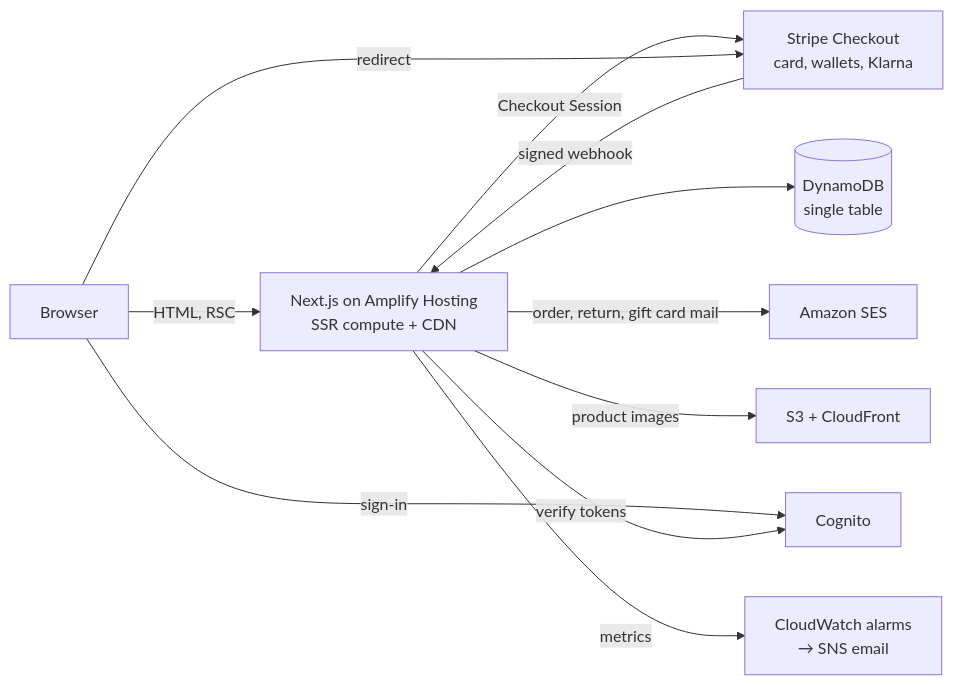
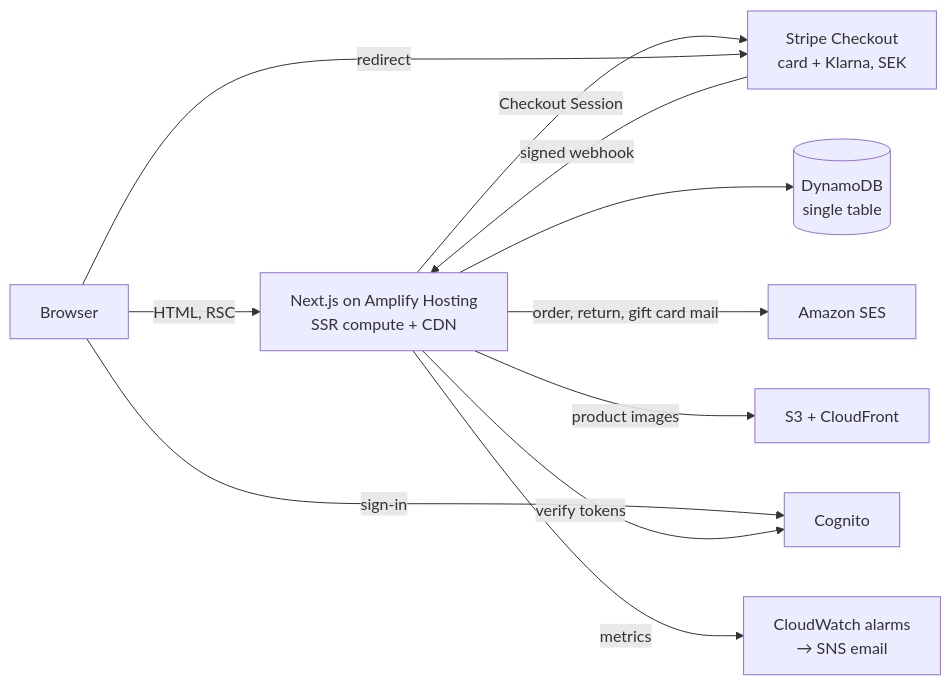
One commit to Keffii/storefront changed the diagram in README.md. Above: the diagram before and after it, drawn with Mermaid. The commit also changed other lines of this file and 7 other files, not shown here.

First line of the commit message:
Card and Klarna only

````diff
--- a/README.md
+++ b/README.md
@@ -52,13 +52,13 @@
 ```mermaid
 flowchart LR
   B[Browser] -->|HTML, RSC| N[Next.js on Amplify Hosting<br/>SSR compute + CDN]
-  N -->|Checkout Session| S[Stripe Checkout<br/>card, wallets, Klarna]
+  N -->|Checkout Session| S[Stripe Checkout<br/>card + Klarna, SEK]
   B -->|redirect| S
   S -->|signed webhook| N
   N --> D[(DynamoDB<br/>single table)]
   N -->|order, return, gift card mail| E[Amazon SES]
   N -->|product images| I[S3 + CloudFront]
   B -->|sign-in| C[Cognito]
   N -->|verify tokens| C
   N -->|metrics| W[CloudWatch alarms<br/>→ SNS email]
 ```
````
